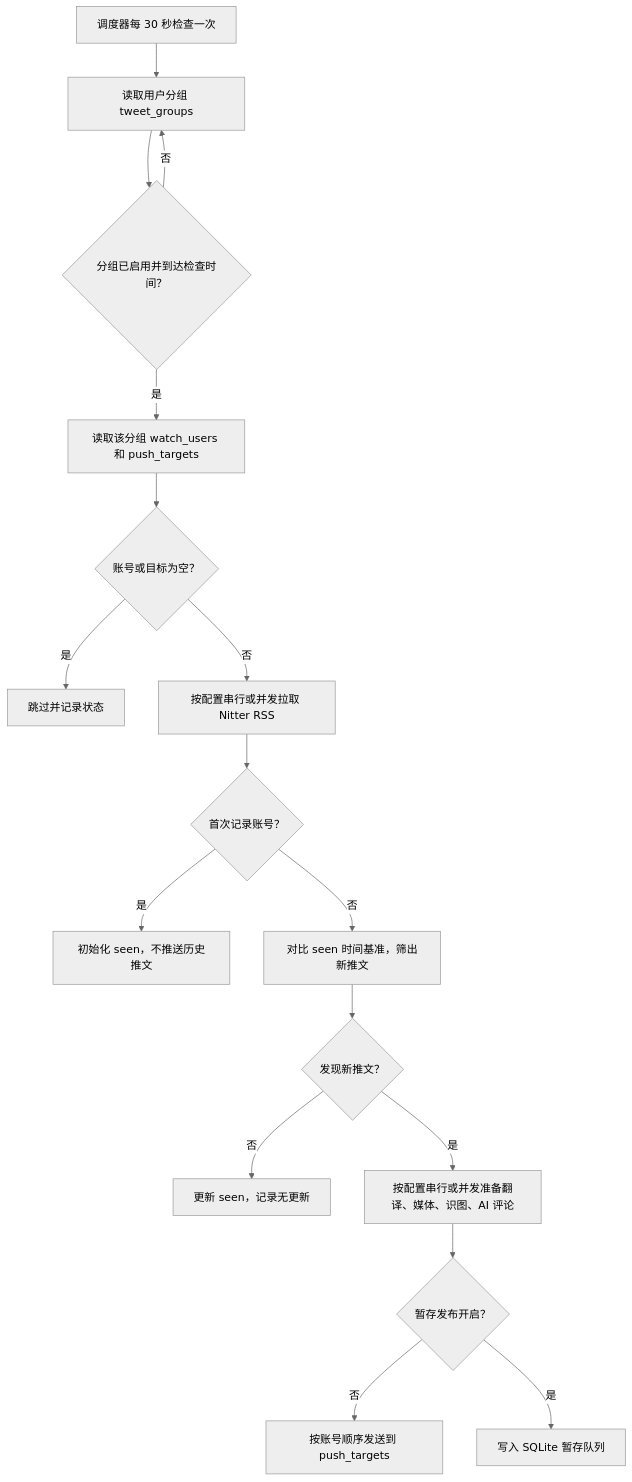
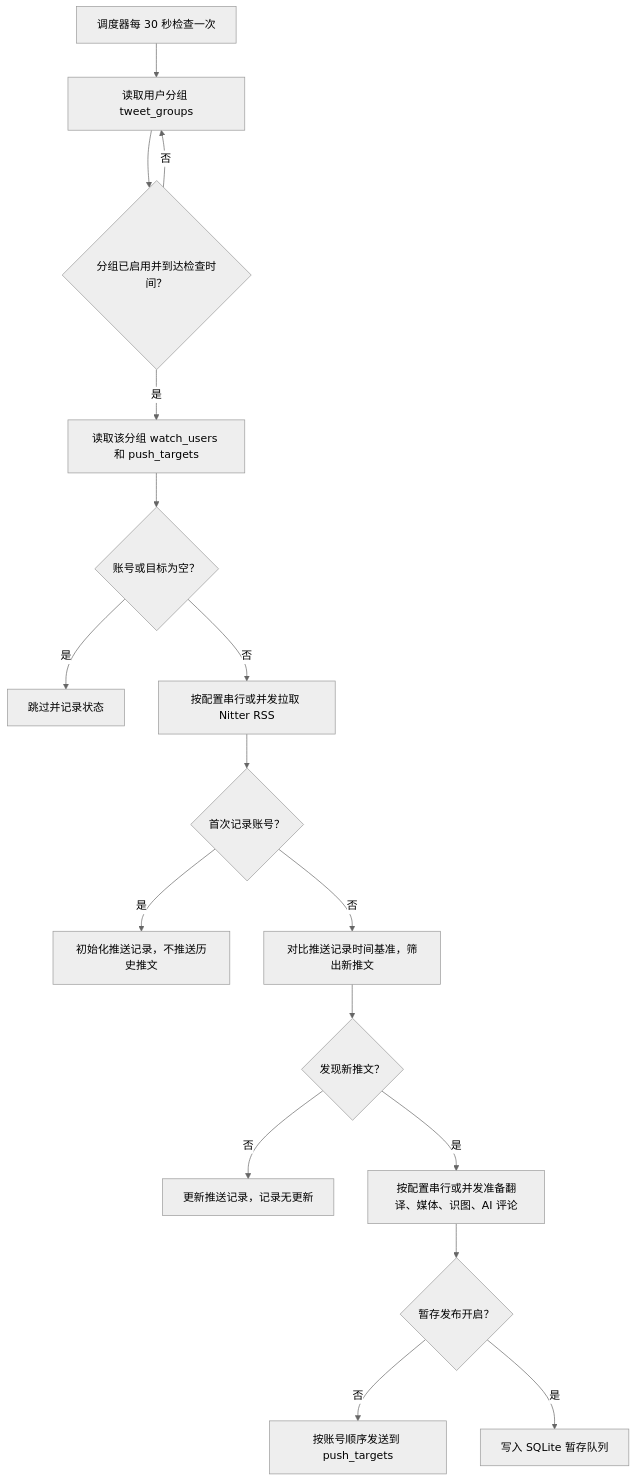
One commit to shitianyaa/astrbot_plugin_nitter_tweets changed the first of 3 diagrams in docs/advanced.md. Above: the diagram before and after it, drawn with Mermaid (neutral theme). The commit also changed other lines of this file and 12 other files, not shown here.

````diff
--- a/docs/advanced.md
+++ b/docs/advanced.md
@@ -24,19 +24,19 @@
 ```mermaid
 flowchart TD
     A["调度器每 30 秒检查一次"] --> B["读取用户分组 tweet_groups"]
     B --> C{"分组已启用并到达检查时间？"}
     C -->|否| B
     C -->|是| D["读取该分组 watch_users 和 push_targets"]
     D --> E{"账号或目标为空？"}
     E -->|是| F["跳过并记录状态"]
     E -->|否| G["按配置串行或并发拉取 Nitter RSS"]
     G --> H{"首次记录账号？"}
-    H -->|是| I["初始化 seen，不推送历史推文"]
-    H -->|否| J["对比 seen 时间基准，筛出新推文"]
+    H -->|是| I["初始化推送记录，不推送历史推文"]
+    H -->|否| J["对比推送记录时间基准，筛出新推文"]
     J --> K{"发现新推文？"}
-    K -->|否| L["更新 seen，记录无更新"]
+    K -->|否| L["更新推送记录，记录无更新"]
     K -->|是| M["按配置串行或并发准备翻译、媒体、识图、AI 评论"]
     M --> N{"暂存发布开启？"}
     N -->|否| O["按账号顺序发送到 push_targets"]
     N -->|是| P["写入 SQLite 暂存队列"]
 ```
````
